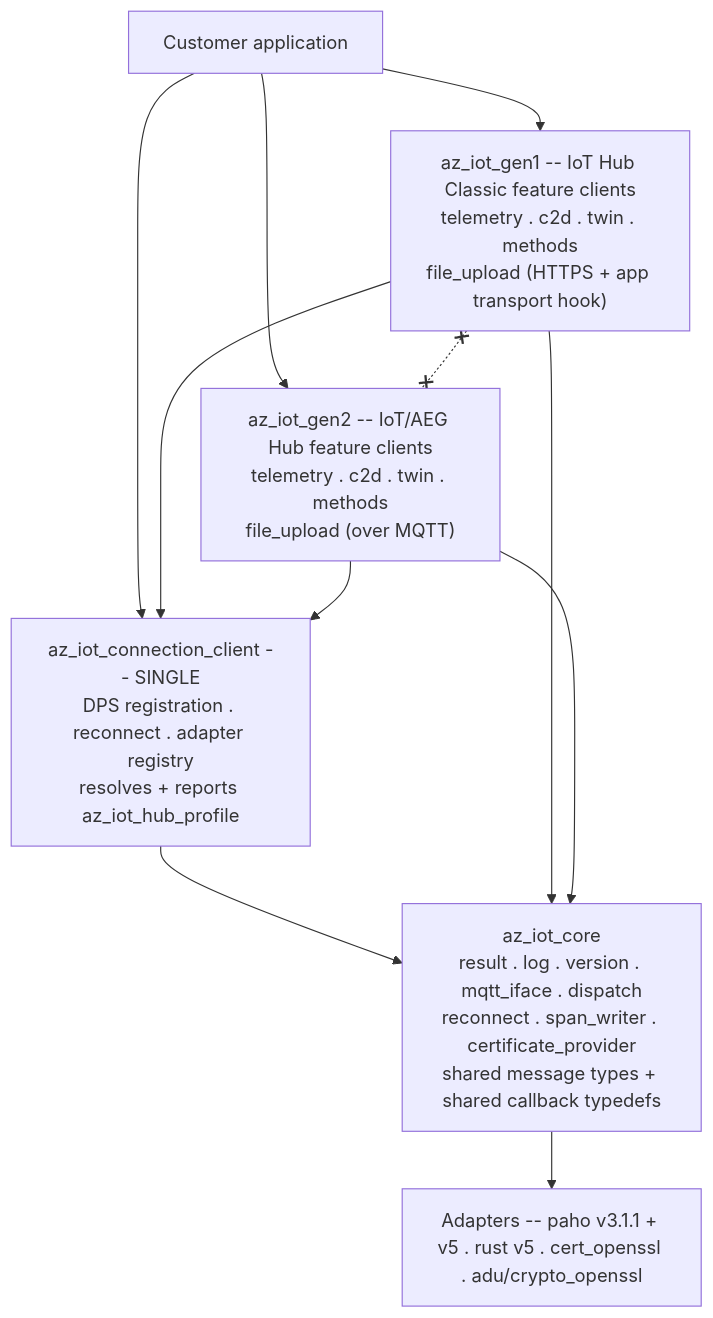
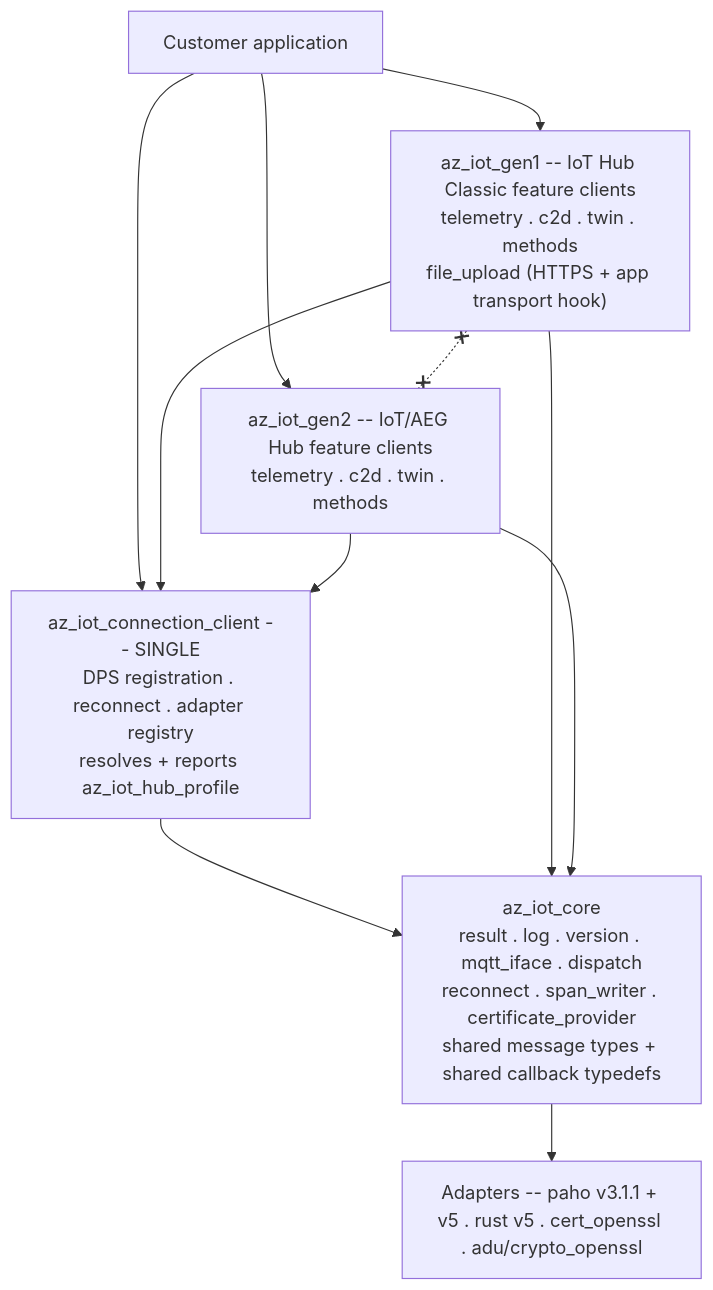
One commit to Azure/azure-iot-sdk changed the first of 2 diagrams in c/docs/eng/client-separation.md. Above: the diagram before and after it, drawn with Mermaid. The commit also changed other lines of this file and 11 other files, not shown here.

First line of the commit message:
Make file upload a gen1-only client

````diff
--- a/c/docs/eng/client-separation.md
+++ b/c/docs/eng/client-separation.md
@@ -384,20 +399,20 @@
 ```mermaid
 flowchart TB
     APP["Customer application"]
     G1["az_iot_gen1 -- IoT Hub Classic feature clients<br/>telemetry . c2d . twin . methods<br/>file_upload (HTTPS + app transport hook)"]
-    G2["az_iot_gen2 -- IoT/AEG Hub feature clients<br/>telemetry . c2d . twin . methods<br/>file_upload (over MQTT)"]
+    G2["az_iot_gen2 -- IoT/AEG Hub feature clients<br/>telemetry . c2d . twin . methods"]
     CONN["az_iot_connection_client -- SINGLE<br/>DPS registration . reconnect . adapter registry<br/>resolves + reports az_iot_hub_profile"]
     CORE["az_iot_core<br/>result . log . version . mqtt_iface . dispatch<br/>reconnect . span_writer . certificate_provider<br/>shared message types + shared callback typedefs"]
     ADAPT["Adapters -- paho v3.1.1 + v5 . rust v5 . cert_openssl . adu/crypto_openssl"]
 
     APP --> G1
     APP --> G2
     APP --> CONN
     G1 --> CONN
     G2 --> CONN
     CONN --> CORE
     G1 --> CORE
     G2 --> CORE
     CORE --> ADAPT
     G1 x-.-x G2
 ```
````
